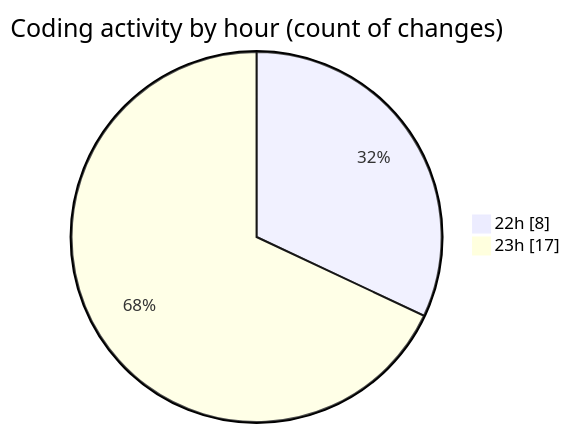
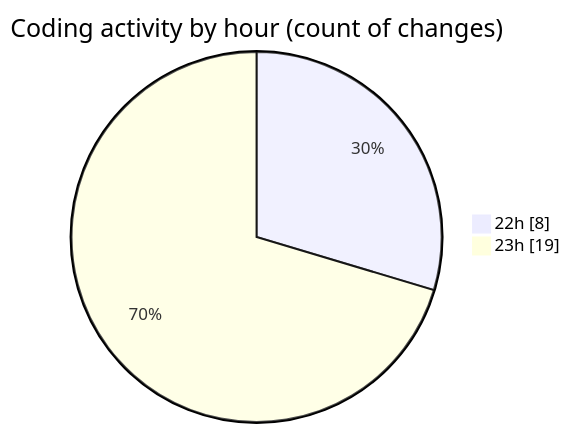
The second of 2 diagrams in 2026-03-03/student_performance_system/README.md (hasnaa123/code-tracking), drawn with Mermaid before and after one commit. The commit also changed other lines of this file and 1 other file, not shown here.

````diff
--- a/2026-03-03/student_performance_system/README.md
+++ b/2026-03-03/student_performance_system/README.md
@@ -28,6 +28,6 @@
 ```mermaid
 pie showData
 title Coding activity by hour (count of changes)
 "22h" : 8
-"23h" : 17
+"23h" : 19
 ```
````
